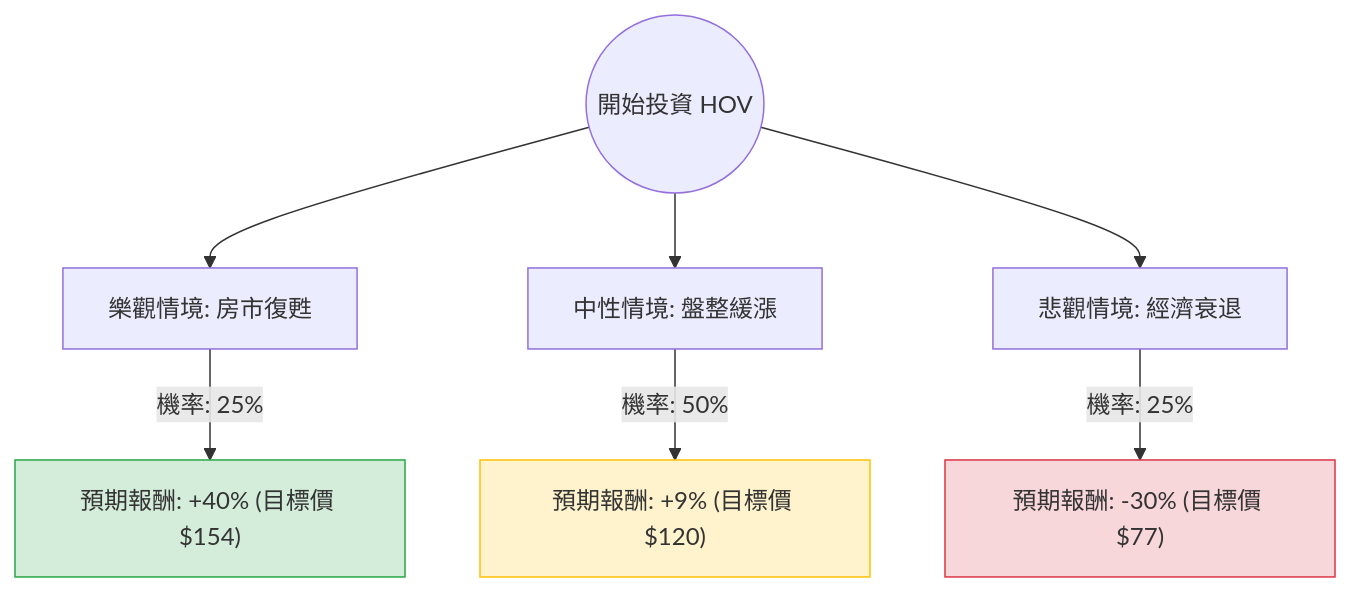
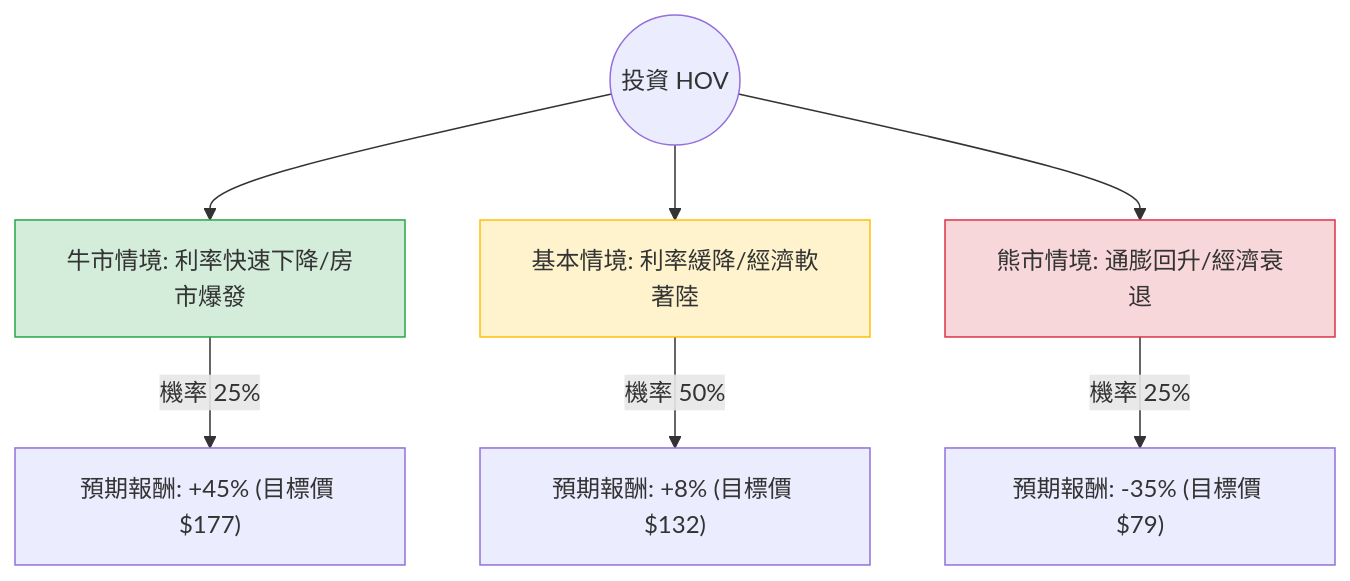
The diagram in plugin-react/ai-analysis/ev-analysis/HOV.md (zmcx16/zmcx16.github.io), drawn with Mermaid before and after one commit. The commit also changed other lines of this file and 63 other files, not shown here.

````diff
--- a/plugin-react/ai-analysis/ev-analysis/HOV.md
+++ b/plugin-react/ai-analysis/ev-analysis/HOV.md
@@ -18,14 +22,14 @@
 ```mermaid
 graph TD
-    Start((開始投資 HOV)) --> Bull[樂觀情境: 房市復甦]
-    Start --> Base[中性情境: 盤整緩漲]
-    Start --> Bear[悲觀情境: 經濟衰退]
+    Start((投資 HOV)) --> Bull[牛市情境: 利率快速下降/房市爆發]
+    Start --> Base[基本情境: 利率緩降/經濟軟著陸]
+    Start --> Bear[熊市情境: 通膨回升/經濟衰退]
 
-    Bull -- "機率: 25%" --> BullVal["預期報酬: +40% (目標價 $154)"]
-    Base -- "機率: 50%" --> BaseVal["預期報酬: +9% (目標價 $120)"]
-    Bear -- "機率: 25%" --> BearVal["預期報酬: -30% (目標價 $77)"]
+    Bull -- "機率 25%" --> BullRet["預期報酬: +45% (目標價 $177)"]
+    Base -- "機率 50%" --> BaseRet["預期報酬: +8% (目標價 $132)"]
+    Bear -- "機率 25%" --> BearRet["預期報酬: -35% (目標價 $79)"]
 
-    style BullVal fill:#d4edda,stroke:#28a745
-    style BaseVal fill:#fff3cd,stroke:#ffc107
-    style BearVal fill:#f8d7da,stroke:#dc3545
+    style Bull fill:#d4edda,stroke:#28a745
+    style Base fill:#fff3cd,stroke:#ffc107
+    style Bear fill:#f8d7da,stroke:#dc3545
 ```
````
